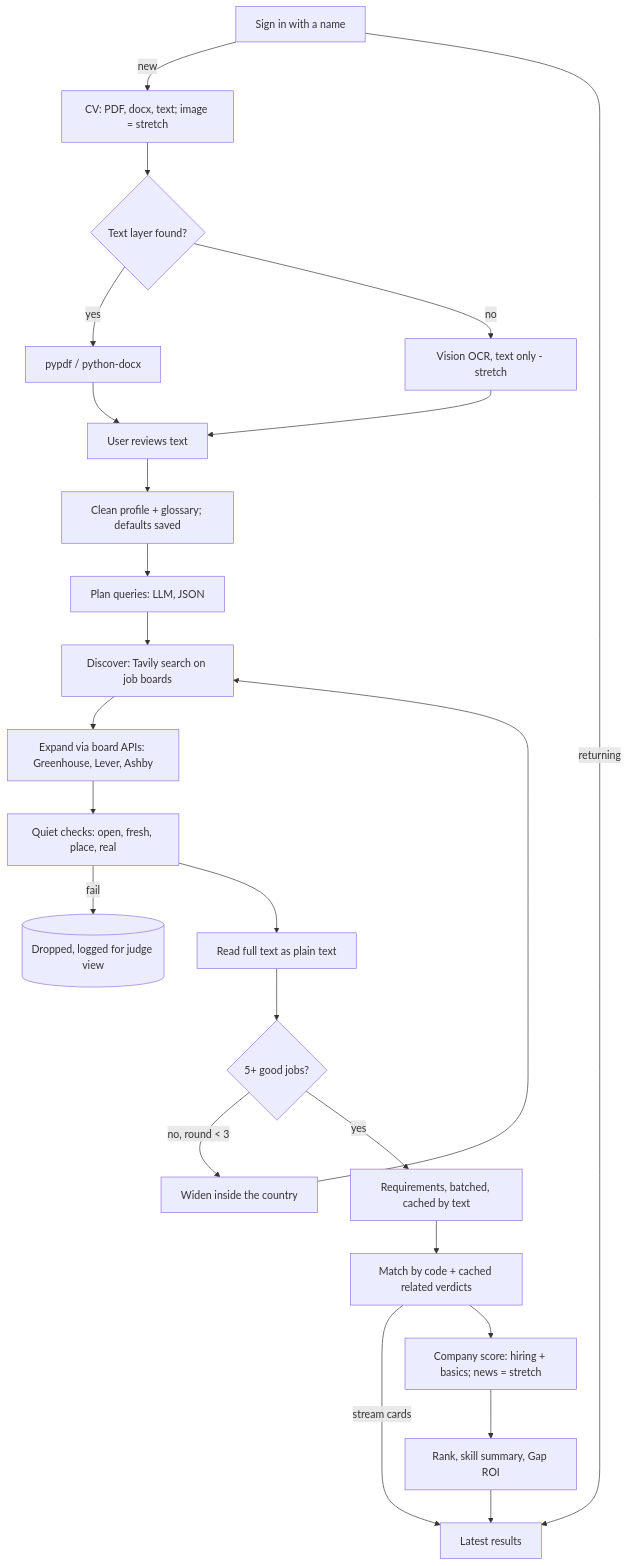
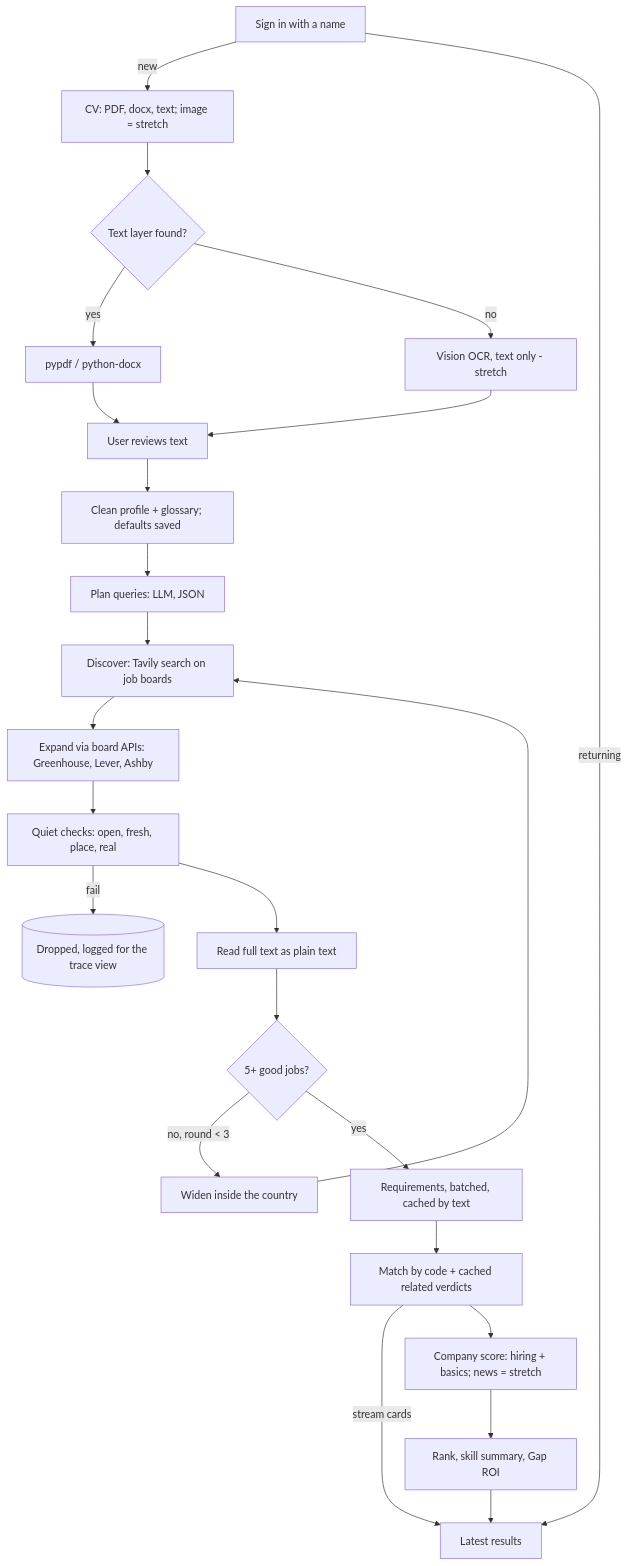
Before and after one commit to faizan94/postulo: the diagram in docs/PHASE1_PLAN.md, drawn with Mermaid. The commit also changed other lines of this file and 8 other files, not shown here.

Commit message:
refactor: update terminology from "judge view" to "trace view" for consistency across documentation and code

````diff
--- a/docs/PHASE1_PLAN.md
+++ b/docs/PHASE1_PLAN.md
@@ -94,25 +94,25 @@
 ```mermaid
 flowchart TD
   L[Sign in with a name] -->|new| U[CV: PDF, docx, text; image = stretch]
   L -->|returning| R[Latest results]
   U --> T{Text layer found?}
   T -->|yes| P1[pypdf / python-docx]
   T -->|no| O[Vision OCR, text only - stretch]
   P1 --> RV[User reviews text]
   O --> RV
   RV --> PR[Clean profile + glossary; defaults saved]
   PR --> PL[Plan queries: LLM, JSON]
   PL --> D[Discover: Tavily search on job boards]
   D --> B[Expand via board APIs: Greenhouse, Lever, Ashby]
   B --> Q[Quiet checks: open, fresh, place, real]
-  Q -->|fail| X[(Dropped, logged for judge view)]
+  Q -->|fail| X[(Dropped, logged for the trace view)]
   Q --> RD[Read full text as plain text]
   RD --> E{5+ good jobs?}
   E -->|no, round < 3| W[Widen inside the country] --> D
   E -->|yes| RQ[Requirements, batched, cached by text]
   RQ --> M[Match by code + cached related verdicts]
   M -->|stream cards| R
   M --> C[Company score: hiring + basics; news = stretch]
   C --> G[Rank, skill summary, Gap ROI]
   G --> R
 ```
````
